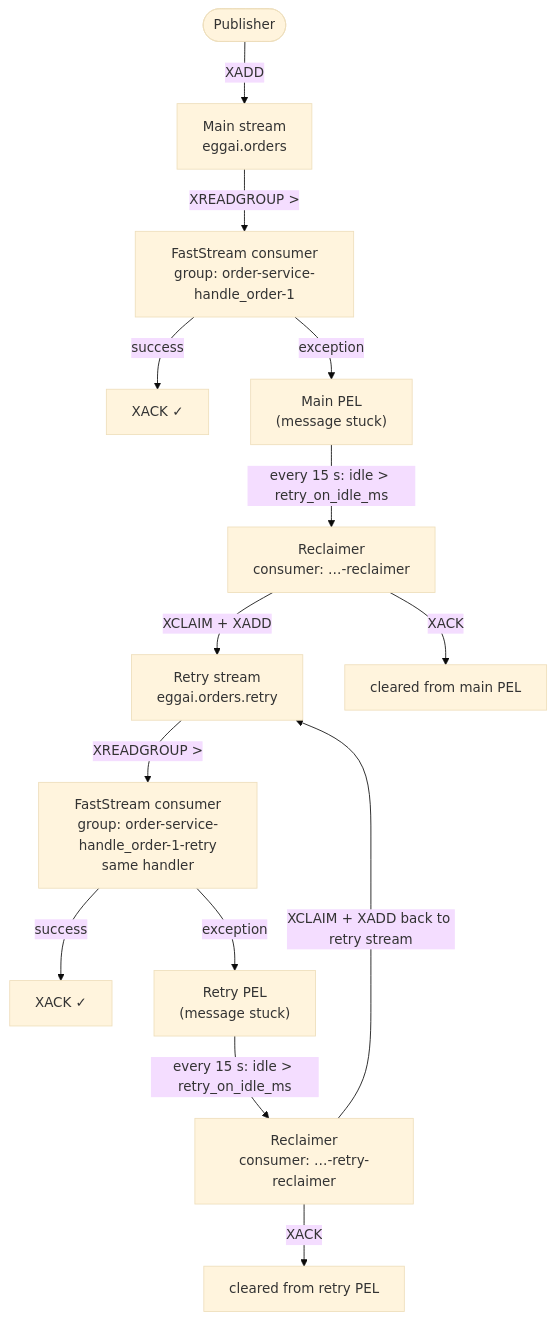
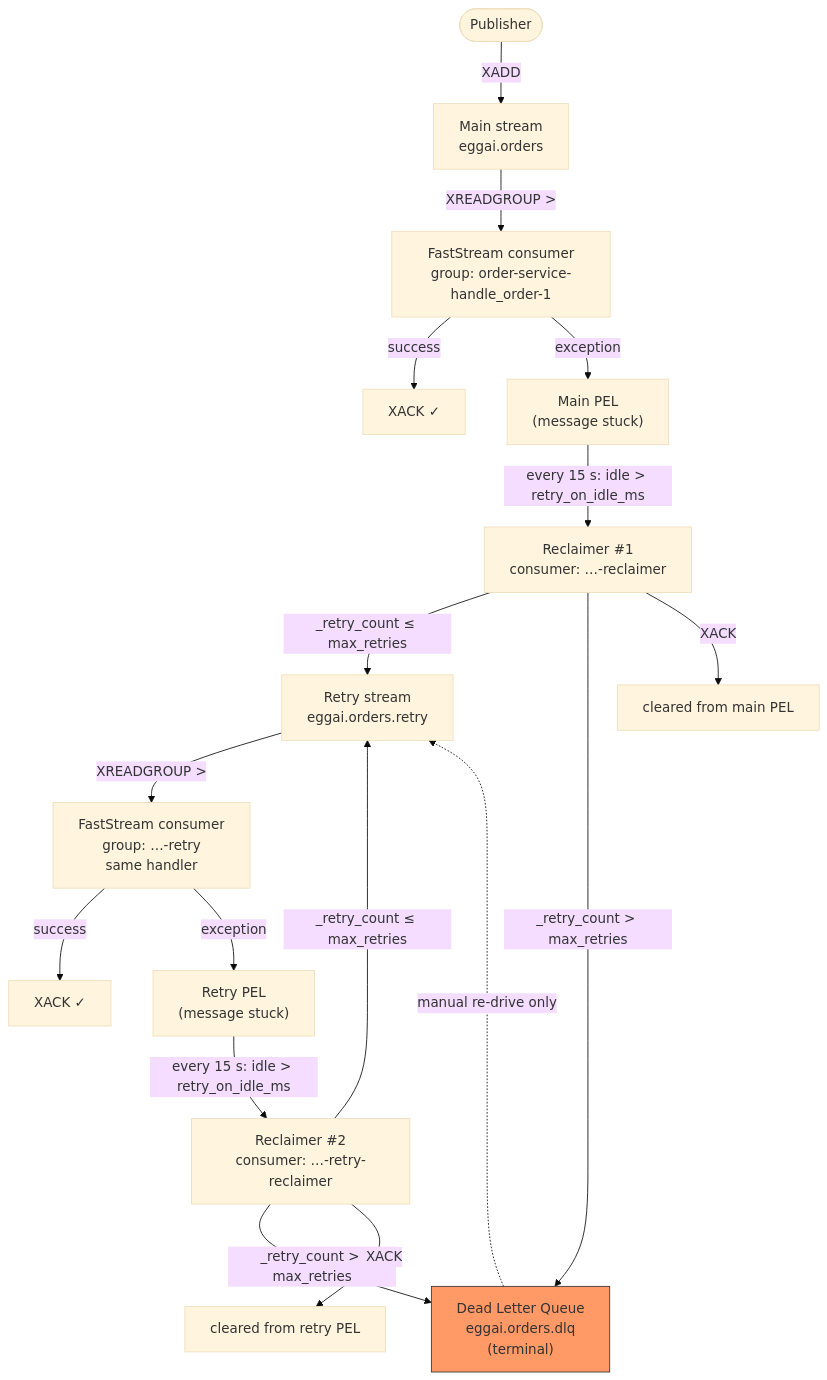
Before and after one commit to eggai-tech/EggAI: the diagram in docs/docs/sdk/redis-transport.md, drawn with Mermaid (base theme). The commit also changed other lines of this file and 6 other files, not shown here.

First line of the commit message:
Messages that exceed max_retries (default 5) are routed to a terminal… (#190)

````diff
--- a/docs/docs/sdk/redis-transport.md
+++ b/docs/docs/sdk/redis-transport.md
@@ -99,20 +108,26 @@
 ```mermaid
 flowchart TD
     PUB([Publisher]) -->|XADD| MS["Main stream\neggai.orders"]
 
     MS -->|XREADGROUP &gt;| FC["FastStream consumer\ngroup: order-service-handle_order-1"]
     FC -->|success| ACK1[XACK ✓]
     FC -->|exception| PEL1["Main PEL\n(message stuck)"]
 
-    PEL1 -->|every 15 s: idle > retry_on_idle_ms| RC1["Reclaimer\nconsumer: …-reclaimer"]
-    RC1 -->|XCLAIM + XADD| RS["Retry stream\neggai.orders.retry"]
+    PEL1 -->|"every 15 s: idle &gt; retry_on_idle_ms"| RC1["Reclaimer #1\nconsumer: …-reclaimer"]
+    RC1 -->|"_retry_count ≤ max_retries"| RS["Retry stream\neggai.orders.retry"]
+    RC1 -->|"_retry_count &gt; max_retries"| DLQ["Dead Letter Queue\neggai.orders.dlq\n(terminal)"]
     RC1 -->|XACK| DONE1[cleared from main PEL]
 
-    RS -->|XREADGROUP &gt;| FC2["FastStream consumer\ngroup: order-service-handle_order-1-retry\nsame handler"]
+    RS -->|XREADGROUP &gt;| FC2["FastStream consumer\ngroup: …-retry\nsame handler"]
     FC2 -->|success| ACK2[XACK ✓]
     FC2 -->|exception| PEL2["Retry PEL\n(message stuck)"]
 
-    PEL2 -->|every 15 s: idle > retry_on_idle_ms| RC2["Reclaimer\nconsumer: …-retry-reclaimer"]
-    RC2 -->|XCLAIM + XADD back to retry stream| RS
+    PEL2 -->|"every 15 s: idle &gt; retry_on_idle_ms"| RC2["Reclaimer #2\nconsumer: …-retry-reclaimer"]
+    RC2 -->|"_retry_count ≤ max_retries"| RS
+    RC2 -->|"_retry_count &gt; max_retries"| DLQ
     RC2 -->|XACK| DONE2[cleared from retry PEL]
+
+    DLQ -.->|manual re-drive only| RS
+
+    style DLQ fill:#f96,stroke:#333
 ```
````
